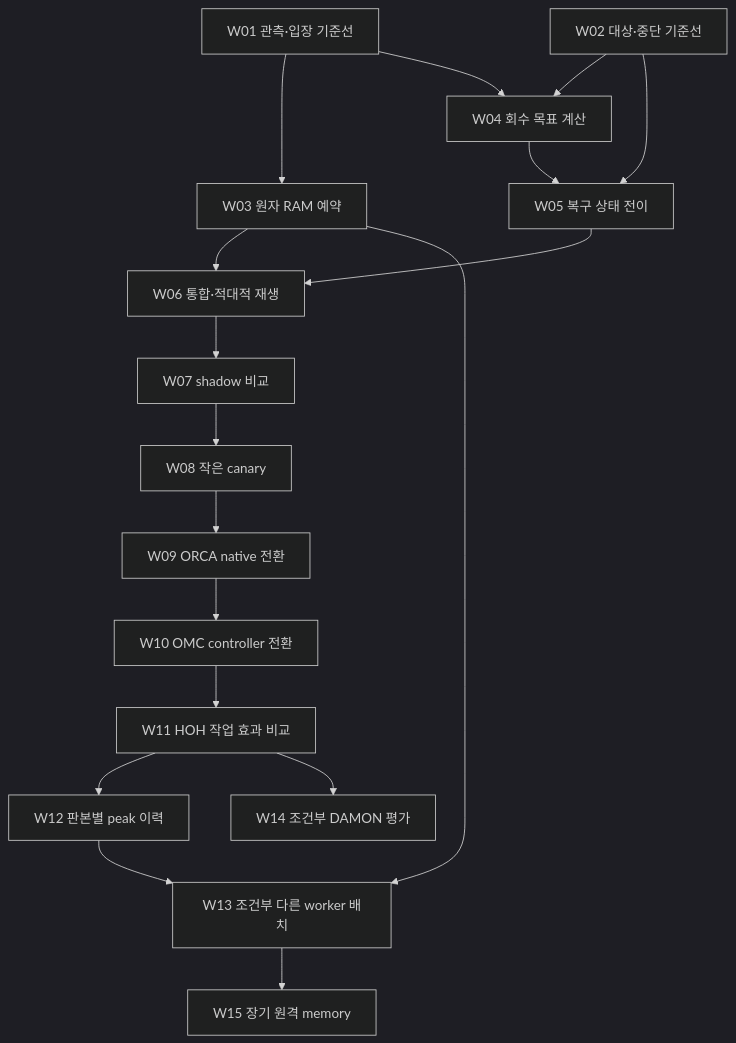
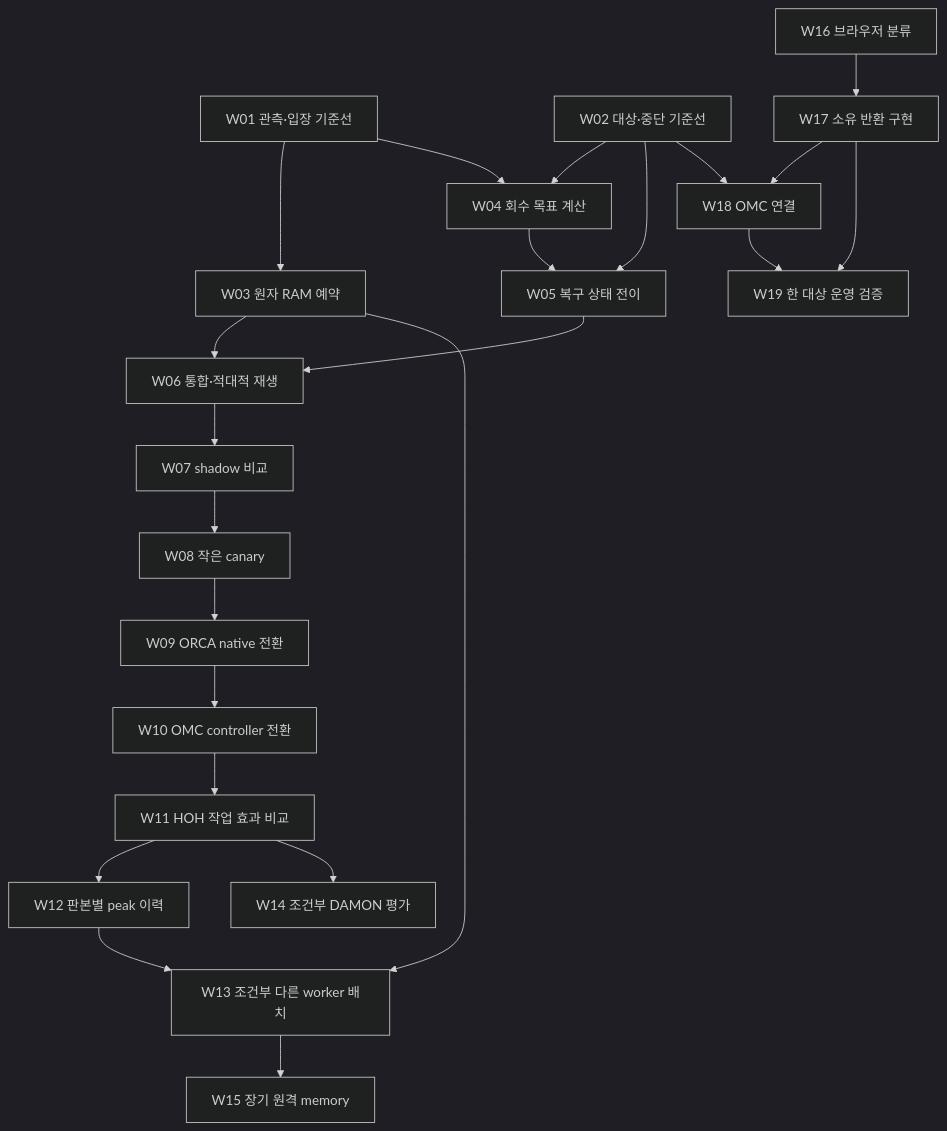
Before and after one commit to gj3447/orbital-motion-cloud: the diagram in docs/MEMORY_RECOVERY_PLAN.md, drawn with Mermaid (dark theme). The commit also changed other lines of this file and 5 other files, not shown here.

````diff
--- a/docs/MEMORY_RECOVERY_PLAN.md
+++ b/docs/MEMORY_RECOVERY_PLAN.md
@@ -96,20 +124,25 @@
 ```mermaid
 flowchart TD
   w01[W01 관측·입장 기준선] --> w03[W03 원자 RAM 예약]
   w01 --> w04[W04 회수 목표 계산]
   w02[W02 대상·중단 기준선] --> w04
   w02 --> w05[W05 복구 상태 전이]
   w04 --> w05
   w03 --> w06[W06 통합·적대적 재생]
   w05 --> w06
   w06 --> w07[W07 shadow 비교]
   w07 --> w08[W08 작은 canary]
   w08 --> w09[W09 ORCA native 전환]
   w09 --> w10[W10 OMC controller 전환]
   w10 --> w11[W11 HOH 작업 효과 비교]
   w11 --> w12[W12 판본별 peak 이력]
   w12 --> w13[W13 조건부 다른 worker 배치]
   w03 --> w13
   w11 --> w14[W14 조건부 DAMON 평가]
   w13 --> w15[W15 장기 원격 memory]
+  w16[W16 브라우저 분류] --> w17[W17 소유 반환 구현]
+  w02 --> w18[W18 OMC 연결]
+  w17 --> w18
+  w17 --> w19[W19 한 대상 운영 검증]
+  w18 --> w19
 ```
````
